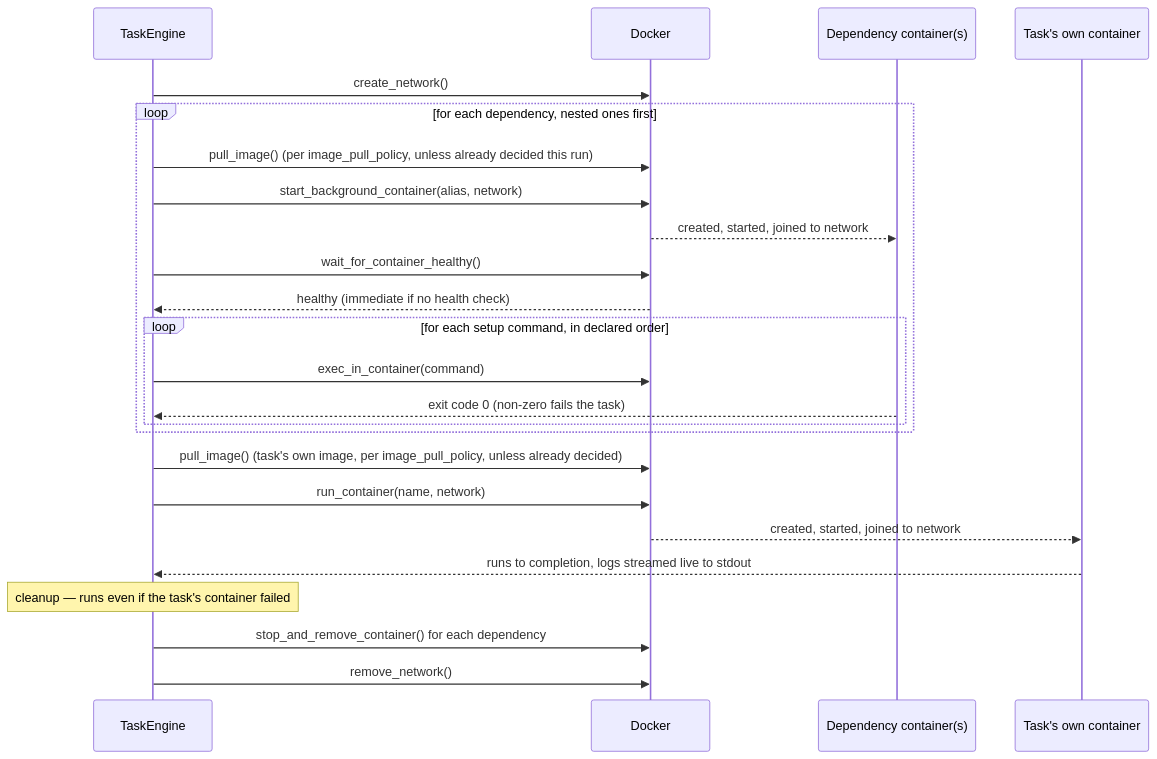
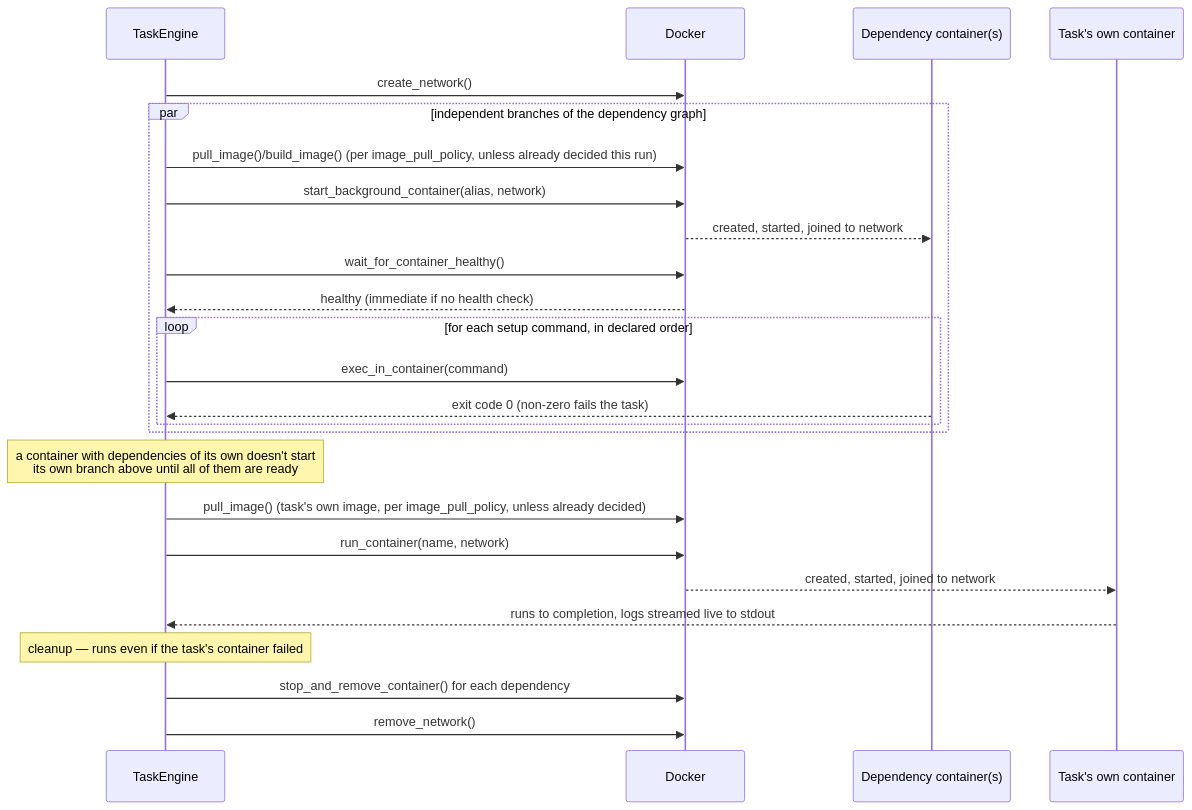
The first of 2 diagrams in docs/task-lifecycle.md (or1can/ratect), drawn with Mermaid before and after one commit. The commit also changed other lines of this file and 6 other files, not shown here.

````diff
--- a/docs/task-lifecycle.md
+++ b/docs/task-lifecycle.md
@@ -63,30 +63,32 @@
 ```mermaid
 sequenceDiagram
     participant Engine as TaskEngine
     participant Docker
     participant Dep as Dependency container(s)
     participant Main as Task's own container
 
     Engine->>Docker: create_network()
 
-    loop for each dependency, nested ones first
-        Engine->>Docker: pull_image() (per image_pull_policy, unless already decided this run)
+    par independent branches of the dependency graph
+        Engine->>Docker: pull_image()/build_image() (per image_pull_policy, unless already decided this run)
         Engine->>Docker: start_background_container(alias, network)
         Docker-->>Dep: created, started, joined to network
         Engine->>Docker: wait_for_container_healthy()
         Docker-->>Engine: healthy (immediate if no health check)
         loop for each setup command, in declared order
             Engine->>Docker: exec_in_container(command)
             Dep-->>Engine: exit code 0 (non-zero fails the task)
         end
     end
 
+    Note over Engine: a container with dependencies of its own doesn't start<br/>its own branch above until all of them are ready
+
     Engine->>Docker: pull_image() (task's own image, per image_pull_policy, unless already decided)
     Engine->>Docker: run_container(name, network)
     Docker-->>Main: created, started, joined to network
     Main-->>Engine: runs to completion, logs streamed live to stdout
 
     Note over Engine: cleanup — runs even if the task's container failed
     Engine->>Docker: stop_and_remove_container() for each dependency
     Engine->>Docker: remove_network()
 ```
````
